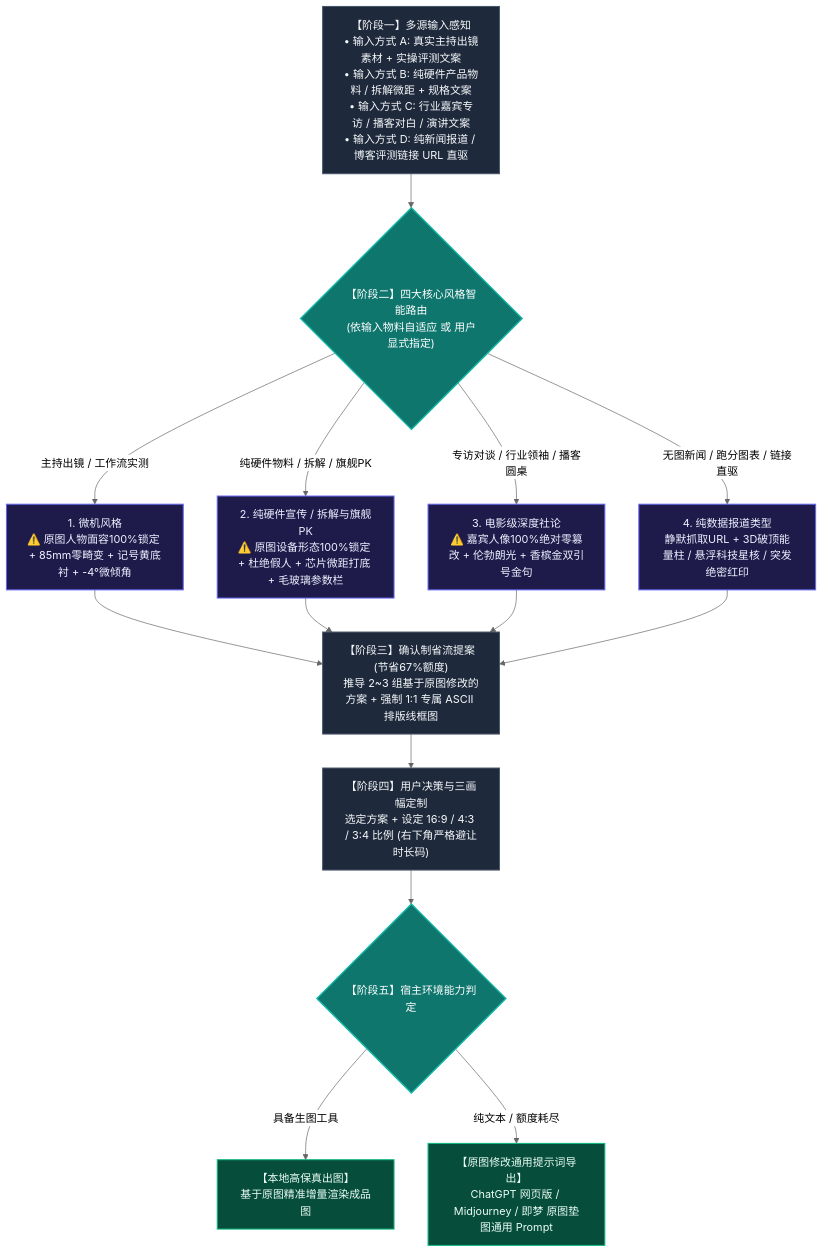
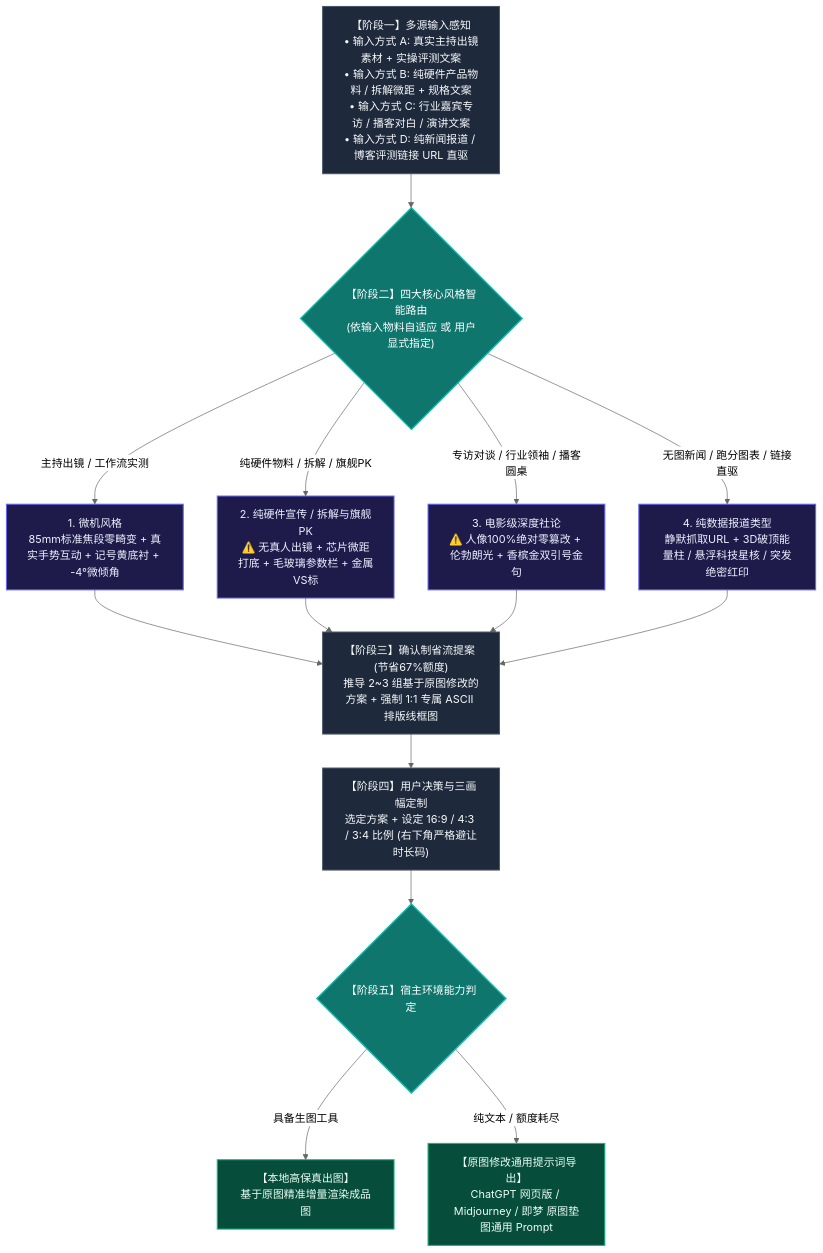
Before and after one commit to XuBeiYou408/video-cover-designer: the diagram in README.md, drawn with Mermaid (neutral theme). The commit also changed other lines of this file and 1 other file, not shown here.

Commit message:
docs(taxonomy): strictly align 4 branch names and flowchart nodes with user screenshot

````diff
--- a/README.md
+++ b/README.md
@@ -26,31 +26,31 @@
 ```mermaid
 flowchart TD
     A["【阶段一】多源输入感知<br>• 输入方式 A: 真实主持出镜素材 + 实操评测文案<br>• 输入方式 B: 纯硬件产品物料 / 拆解微距 + 规格文案<br>• 输入方式 C: 行业嘉宾专访 / 播客对白 / 演讲文案<br>• 输入方式 D: 纯新闻报道 / 博客评测链接 URL 直驱"]
     --> B{"【阶段二】四大核心风格智能路由<br>(依输入物料自适应 或 用户显式指定)"}
 
-    B -->|主持出镜 / 工作流实测| C1[" 1. 微机风格<br>⚠️ 原图人物面容100%锁定 + 85mm零畸变 + 记号黄底衬 + -4°微倾角"]
-    B -->|纯硬件物料 / 拆解 / 旗舰PK| C2[" 2. 纯硬件宣传 / 拆解与旗舰PK<br>⚠️ 原图设备形态100%锁定 + 杜绝假人 + 芯片微距打底 + 毛玻璃参数栏"]
-    B -->|专访对谈 / 行业领袖 / 播客圆桌| C3[" 3. 电影级深度社论<br>⚠️ 嘉宾人像100%绝对零篡改 + 伦勃朗光 + 香槟金双引号金句"]
-    B -->|无图新闻 / 跑分图表 / 链接直驱| C4[" 4. 纯数据报道类型<br>静默抓取URL + 3D破顶能量柱 / 悬浮科技星核 / 突发绝密红印"]
+    B -->|主持出镜 / 工作流实测| C1["1. 微机风格<br>85mm标准焦段零畸变 + 真实手势互动 + 记号黄底衬 + -4°微倾角"]
+    B -->|纯硬件物料 / 拆解 / 旗舰PK| C2["2. 纯硬件宣传 / 拆解与旗舰PK<br>⚠️ 无真人出镜 + 芯片微距打底 + 毛玻璃参数栏 + 金属VS标"]
+    B -->|专访对谈 / 行业领袖 / 播客圆桌| C3["3. 电影级深度社论<br>⚠️ 人像100%绝对零篡改 + 伦勃朗光 + 香槟金双引号金句"]
+    B -->|无图新闻 / 跑分图表 / 链接直驱| C4["4. 纯数据报道类型<br>静默抓取URL + 3D破顶能量柱 / 悬浮科技星核 / 突发绝密红印"]
 
     C1 --> D["【阶段三】确认制省流提案 (节省67%额度)<br>推导 2~3 组基于原图修改的方案 + 强制 1:1 专属 ASCII 排版线框图"]
     C2 --> D
     C3 --> D
     C4 --> D
 
     D --> E["【阶段四】用户决策与三画幅定制<br>选定方案 + 设定 16:9 / 4:3 / 3:4 比例 (右下角严格避让时长码)"]
 
     E --> F{"【阶段五】宿主环境能力判定"}
     F -->|具备生图工具| G["【本地高保真出图】<br>基于原图精准增量渲染成品图"]
     F -->|纯文本 / 额度耗尽| H["【原图修改通用提示词导出】<br>ChatGPT 网页版 / Midjourney / 即梦 原图垫图通用 Prompt"]
 
     classDef stage fill:#1E293B,stroke:#475569,color:#F8FAFC,stroke-width:1.5px;
     classDef decision fill:#0F766E,stroke:#14B8A6,color:#FFFFFF,stroke-width:2px;
     classDef engine fill:#1E1B4B,stroke:#6366F1,color:#EEF2FF,stroke-width:1.5px;
     classDef output fill:#064E3B,stroke:#10B981,color:#ECFDF5,stroke-width:1.5px;
 
     class A,D,E stage;
     class B,F decision;
     class C1,C2,C3,C4 engine;
     class G,H output;
 ```
````
